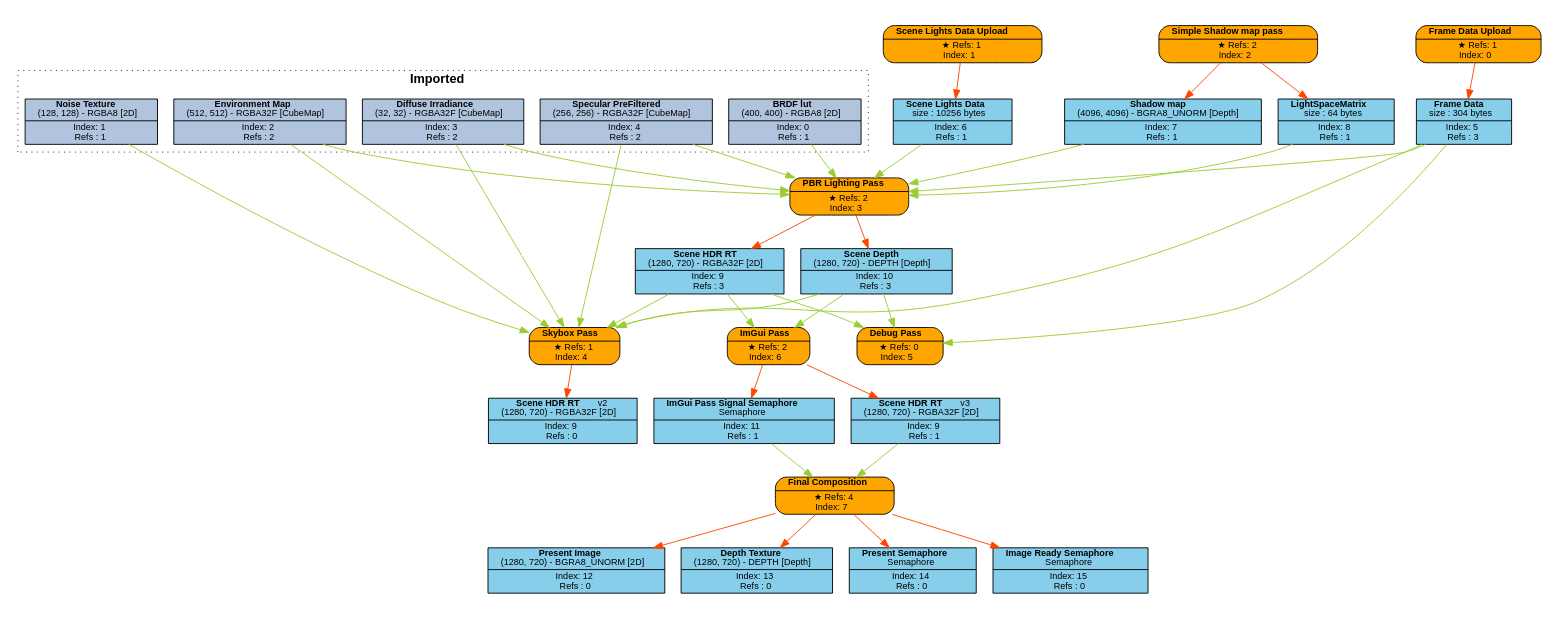
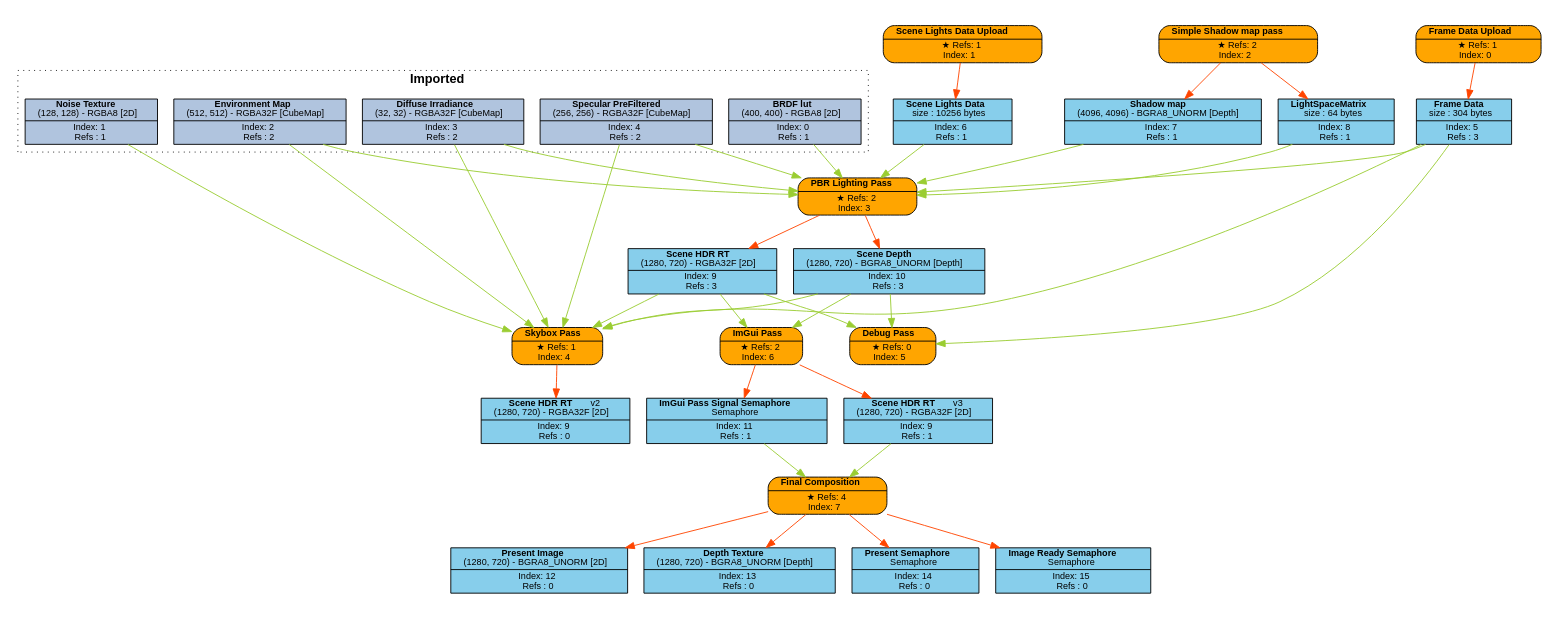
Before and after one commit to Pikachuxxxx/Razix: the diagram in Engine/content/FrameGraphs/pbr_lighting_test.dot, drawn with Graphviz. The commit also changed 16 other files, not shown here.

```diff
--- a/Engine/content/FrameGraphs/pbr_lighting_test.dot
+++ b/Engine/content/FrameGraphs/pbr_lighting_test.dot
@@ -1,91 +1,91 @@
 digraph FrameGraph {
 graph [style=invis, rankdir="TB" ordering=out, splines=spline]
 node [shape=record, fontname="helvetica", fontsize=10, margin="0.2,0.03"]
 
 P0 [label=<{ {<B>Frame Data Upload</B>} | {&#x2605; Refs: 1<BR/> Index: 0} }> style="rounded,filled", fillcolor=orange]
 P1 [label=<{ {<B>Scene Lights Data Upload</B>} | {&#x2605; Refs: 1<BR/> Index: 1} }> style="rounded,filled", fillcolor=orange]
 P2 [label=<{ {<B>Simple Shadow map pass</B>} | {&#x2605; Refs: 2<BR/> Index: 2} }> style="rounded,filled", fillcolor=orange]
 P3 [label=<{ {<B>PBR Lighting Pass</B>} | {&#x2605; Refs: 2<BR/> Index: 3} }> style="rounded,filled", fillcolor=orange]
 P4 [label=<{ {<B>Skybox Pass</B>} | {&#x2605; Refs: 1<BR/> Index: 4} }> style="rounded,filled", fillcolor=orange]
 P5 [label=<{ {<B>Debug Pass</B>} | {&#x2605; Refs: 0<BR/> Index: 5} }> style="rounded,filled", fillcolor=orange]
 P6 [label=<{ {<B>ImGui Pass</B>} | {&#x2605; Refs: 2<BR/> Index: 6} }> style="rounded,filled", fillcolor=orange]
 P7 [label=<{ {<B>Final Composition</B>} | {&#x2605; Refs: 4<BR/> Index: 7} }> style="rounded,filled", fillcolor=orange]
 
 R0_1 [label=<{ {<B>BRDF lut</B><BR/>(400, 400) - RGBA8 [2D]} | {Index: 0<BR/>Refs : 1} }> style=filled, fillcolor=lightsteelblue]
 R1_1 [label=<{ {<B>Noise Texture</B><BR/>(128, 128) - RGBA8 [2D]} | {Index: 1<BR/>Refs : 1} }> style=filled, fillcolor=lightsteelblue]
 R2_1 [label=<{ {<B>Environment Map</B><BR/>(512, 512) - RGBA32F [CubeMap]} | {Index: 2<BR/>Refs : 2} }> style=filled, fillcolor=lightsteelblue]
 R3_1 [label=<{ {<B>Diffuse Irradiance</B><BR/>(32, 32) - RGBA32F [CubeMap]} | {Index: 3<BR/>Refs : 2} }> style=filled, fillcolor=lightsteelblue]
 R4_1 [label=<{ {<B>Specular PreFiltered</B><BR/>(256, 256) - RGBA32F [CubeMap]} | {Index: 4<BR/>Refs : 2} }> style=filled, fillcolor=lightsteelblue]
 R5_1 [label=<{ {<B>Frame Data</B><BR/>size : 304 bytes} | {Index: 5<BR/>Refs : 3} }> style=filled, fillcolor=skyblue]
 R6_1 [label=<{ {<B>Scene Lights Data</B><BR/>size : 10256 bytes} | {Index: 6<BR/>Refs : 1} }> style=filled, fillcolor=skyblue]
 R7_1 [label=<{ {<B>Shadow map</B><BR/>(4096, 4096) - BGRA8_UNORM [Depth]} | {Index: 7<BR/>Refs : 1} }> style=filled, fillcolor=skyblue]
 R8_1 [label=<{ {<B>LightSpaceMatrix</B><BR/>size : 64 bytes} | {Index: 8<BR/>Refs : 1} }> style=filled, fillcolor=skyblue]
 R9_1 [label=<{ {<B>Scene HDR RT</B><BR/>(1280, 720) - RGBA32F [2D]} | {Index: 9<BR/>Refs : 3} }> style=filled, fillcolor=skyblue]
-R10_1 [label=<{ {<B>Scene Depth</B><BR/>(1280, 720) - DEPTH [Depth]} | {Index: 10<BR/>Refs : 3} }> style=filled, fillcolor=skyblue]
+R10_1 [label=<{ {<B>Scene Depth</B><BR/>(1280, 720) - BGRA8_UNORM [Depth]} | {Index: 10<BR/>Refs : 3} }> style=filled, fillcolor=skyblue]
 R9_2 [label=<{ {<B>Scene HDR RT</B>   <FONT>v2</FONT><BR/>(1280, 720) - RGBA32F [2D]} | {Index: 9<BR/>Refs : 0} }> style=filled, fillcolor=skyblue]
 R11_1 [label=<{ {<B>ImGui Pass Signal Semaphore</B><BR/>Semaphore} | {Index: 11<BR/>Refs : 1} }> style=filled, fillcolor=skyblue]
 R9_3 [label=<{ {<B>Scene HDR RT</B>   <FONT>v3</FONT><BR/>(1280, 720) - RGBA32F [2D]} | {Index: 9<BR/>Refs : 1} }> style=filled, fillcolor=skyblue]
 R12_1 [label=<{ {<B>Present Image</B><BR/>(1280, 720) - BGRA8_UNORM [2D]} | {Index: 12<BR/>Refs : 0} }> style=filled, fillcolor=skyblue]
-R13_1 [label=<{ {<B>Depth Texture</B><BR/>(1280, 720) - DEPTH [Depth]} | {Index: 13<BR/>Refs : 0} }> style=filled, fillcolor=skyblue]
+R13_1 [label=<{ {<B>Depth Texture</B><BR/>(1280, 720) - BGRA8_UNORM [Depth]} | {Index: 13<BR/>Refs : 0} }> style=filled, fillcolor=skyblue]
 R14_1 [label=<{ {<B>Present Semaphore</B><BR/>Semaphore} | {Index: 14<BR/>Refs : 0} }> style=filled, fillcolor=skyblue]
 R15_1 [label=<{ {<B>Image Ready Semaphore</B><BR/>Semaphore} | {Index: 15<BR/>Refs : 0} }> style=filled, fillcolor=skyblue]
 
 P0 -> { R5_1 } [color=orangered]
 P1 -> { R6_1 } [color=orangered]
 P2 -> { R7_1 R8_1 } [color=orangered]
 P3 -> { R9_1 R10_1 } [color=orangered]
 P4 -> { R9_2 } [color=orangered]
 P5 -> { } [color=orangered]
 P6 -> { R9_3 R11_1 } [color=orangered]
 P7 -> { R12_1 R13_1 R14_1 R15_1 } [color=orangered]
 
 R0_1 -> { P3 } [color=olivedrab3]
 R1_1 -> { P4 } [color=olivedrab3]
 R2_1 -> { P3 P4 } [color=olivedrab3]
 R3_1 -> { P3 P4 } [color=olivedrab3]
 R4_1 -> { P3 P4 } [color=olivedrab3]
 R5_1 -> { P3 P4 P5 } [color=olivedrab3]
 R6_1 -> { P3 } [color=olivedrab3]
 R7_1 -> { P3 } [color=olivedrab3]
 R8_1 -> { P3 } [color=olivedrab3]
 R9_1 -> { P4 P5 P6 } [color=olivedrab3]
 R10_1 -> { P4 P5 P6 } [color=olivedrab3]
 R9_2 -> { } [color=olivedrab3]
 R11_1 -> { P7 } [color=olivedrab3]
 R9_3 -> { P7 } [color=olivedrab3]
 R12_1 -> { } [color=olivedrab3]
 R13_1 -> { } [color=olivedrab3]
 R14_1 -> { } [color=olivedrab3]
 R15_1 -> { } [color=olivedrab3]
 
 subgraph cluster_0 {
 P0 R5_1 
 }
 subgraph cluster_1 {
 P1 R6_1 
 }
 subgraph cluster_2 {
 P2 R7_1 R8_1 
 }
 subgraph cluster_3 {
 P3 R9_1 R10_1 
 }
 subgraph cluster_4 {
 P4 
 }
 subgraph cluster_5 {
 P5 
 }
 subgraph cluster_6 {
 P6 R11_1 
 }
 subgraph cluster_7 {
 P7 R12_1 R13_1 R14_1 R15_1 
 }
 
 subgraph cluster_imported_resources {
 graph [style=dotted, fontname="helvetica", label=< <B>Imported</B> >]
 R0_1 R1_1 R2_1 R3_1 R4_1 
 }
 
 }
```
